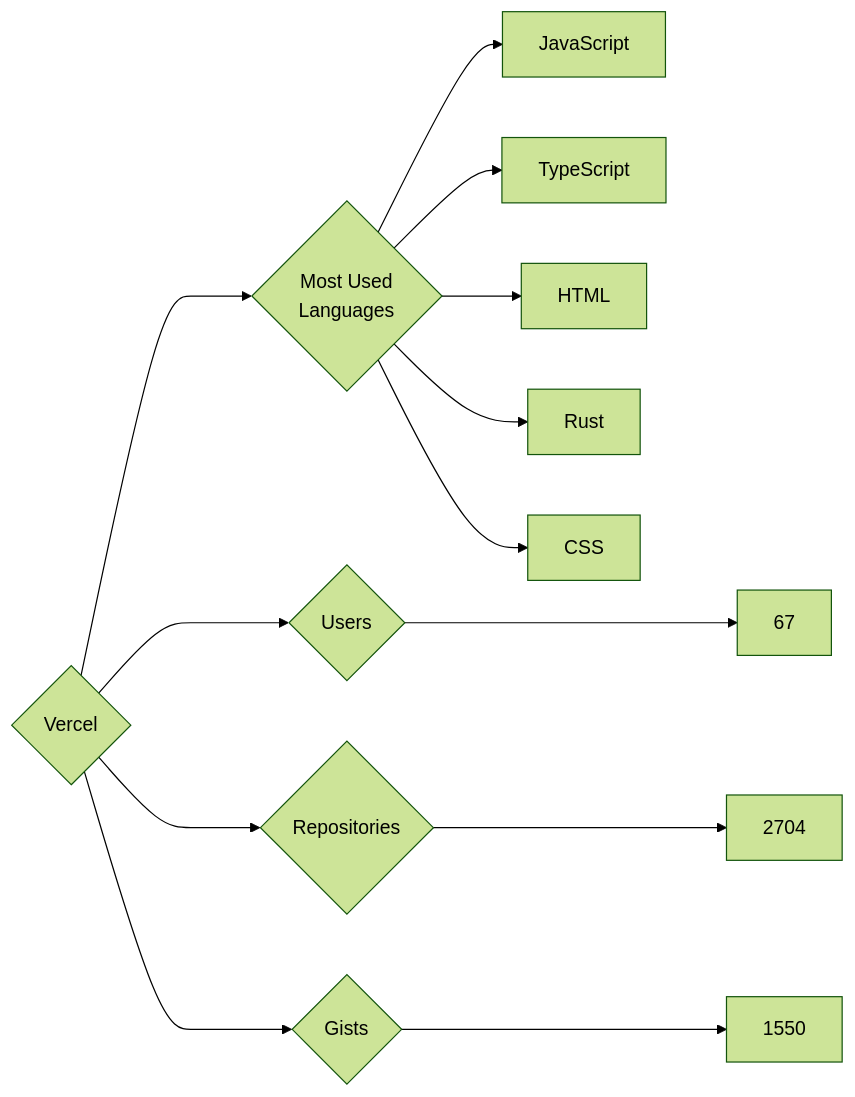
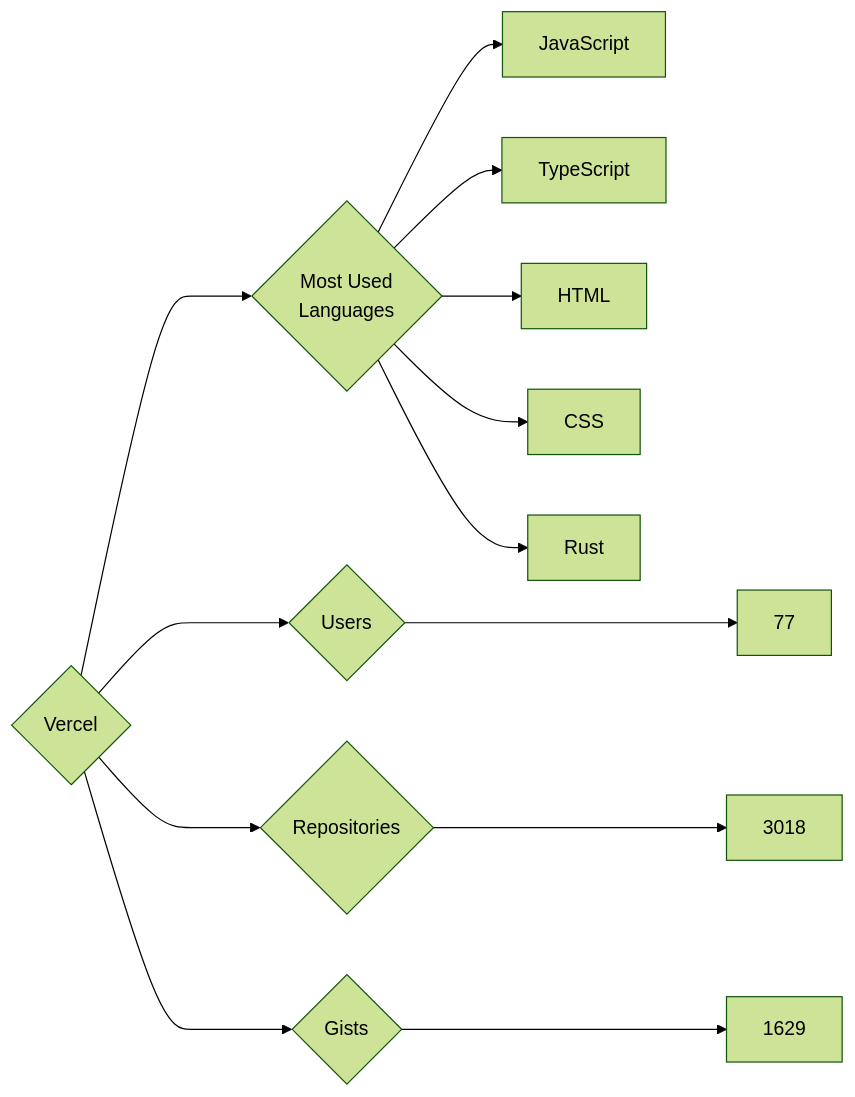
The diagram in targets/Vercel/README.md (trickest/insiders), drawn with Mermaid (forest theme) before and after one commit. The commit also changed 799 other files, not shown here.

````diff
--- a/targets/Vercel/README.md
+++ b/targets/Vercel/README.md
@@ -3,13 +3,13 @@
 ```mermaid
 graph LR
 COMPANY_NAME{Vercel}
-COMPANY_NAME ---> U{Users} ---> UN[67]
-COMPANY_NAME ---> R{Repositories} ---> RN[2704]
-COMPANY_NAME ---> G{Gists} ---> GN[1550]
+COMPANY_NAME ---> U{Users} ---> UN[77]
+COMPANY_NAME ---> R{Repositories} ---> RN[3018]
+COMPANY_NAME ---> G{Gists} ---> GN[1629]
 COMPANY_NAME ---> ML{Most Used<br>Languages}
 ML --> JavaScript[JavaScript]
 ML --> TypeScript[TypeScript]
 ML --> HTML[HTML]
+ML --> CSS[CSS]
 ML --> Rust[Rust]
-ML --> CSS[CSS]
 ```
````
